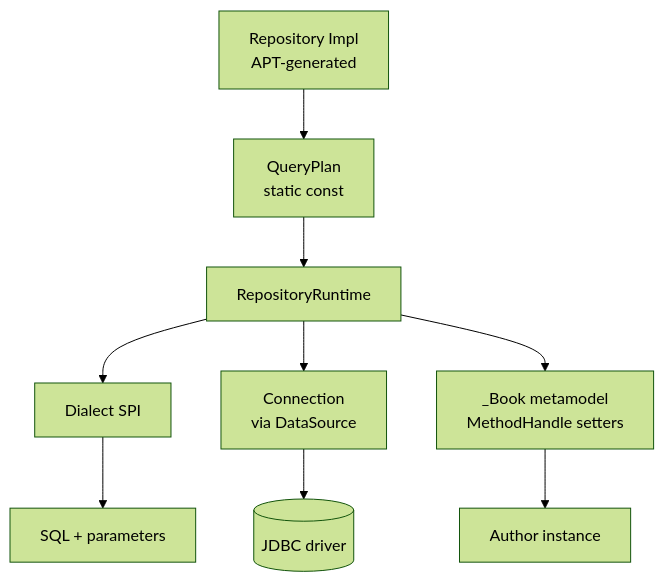
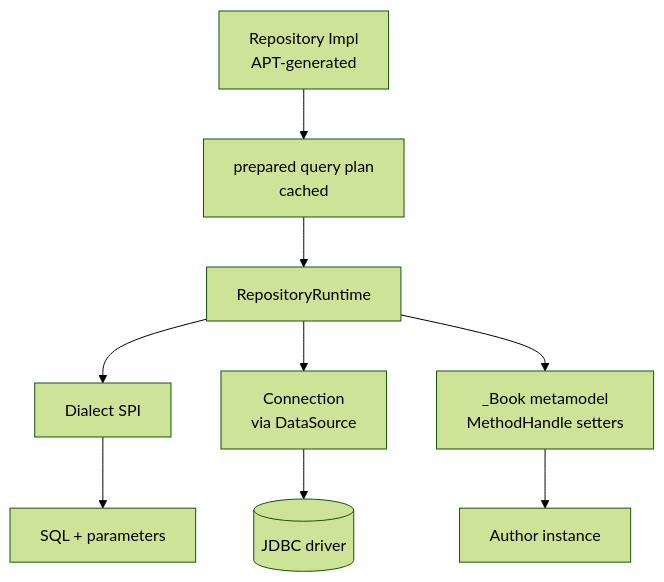
One commit to vidocq-stack/mansart changed the diagram in docs/en/modules/ROOT/pages/modules/mansart-jakarta-data.adoc. Above: the diagram before and after it, drawn with Mermaid (forest theme). The commit also changed other lines of this file and 12 other files, not shown here.

```diff
--- a/docs/en/modules/ROOT/pages/modules/mansart-jakarta-data.adoc
+++ b/docs/en/modules/ROOT/pages/modules/mansart-jakarta-data.adoc
@@ -98,12 +101,12 @@
 [mermaid]
 ....
 flowchart TB
-    REPO[Repository Impl<br/>APT-generated] --> PLAN[QueryPlan<br/>static const]
+    REPO[Repository Impl<br/>APT-generated] --> PLAN[prepared query plan<br/>cached]
     PLAN --> RT[RepositoryRuntime]
     RT --> DIAL[Dialect SPI]
     DIAL --> SQL[SQL + parameters]
     RT --> CONN[Connection<br/>via DataSource]
     CONN --> JDBC[(JDBC driver)]
     RT --> MM[_Book metamodel<br/>MethodHandle setters]
     MM --> ROW[Author instance]
 ....
```
